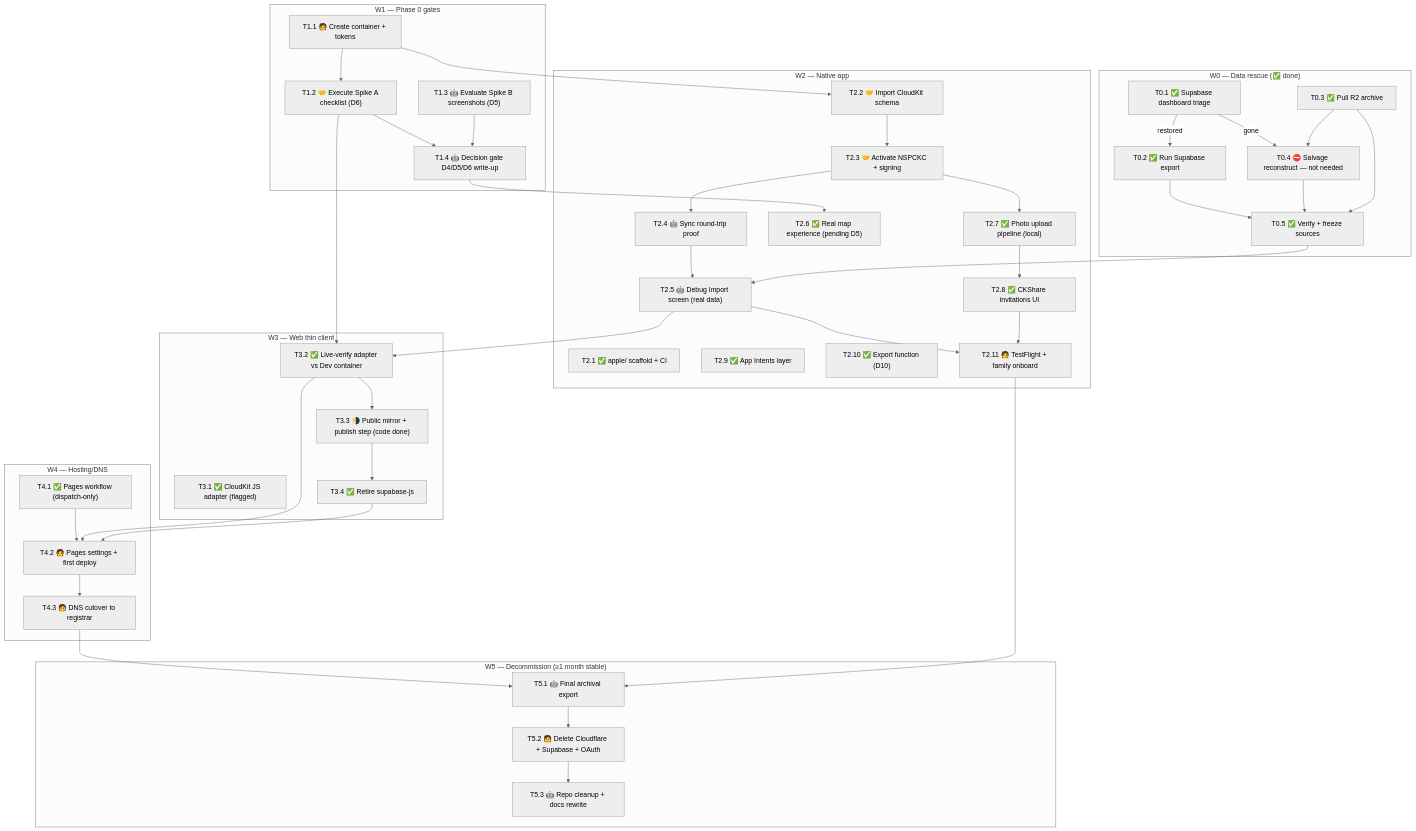
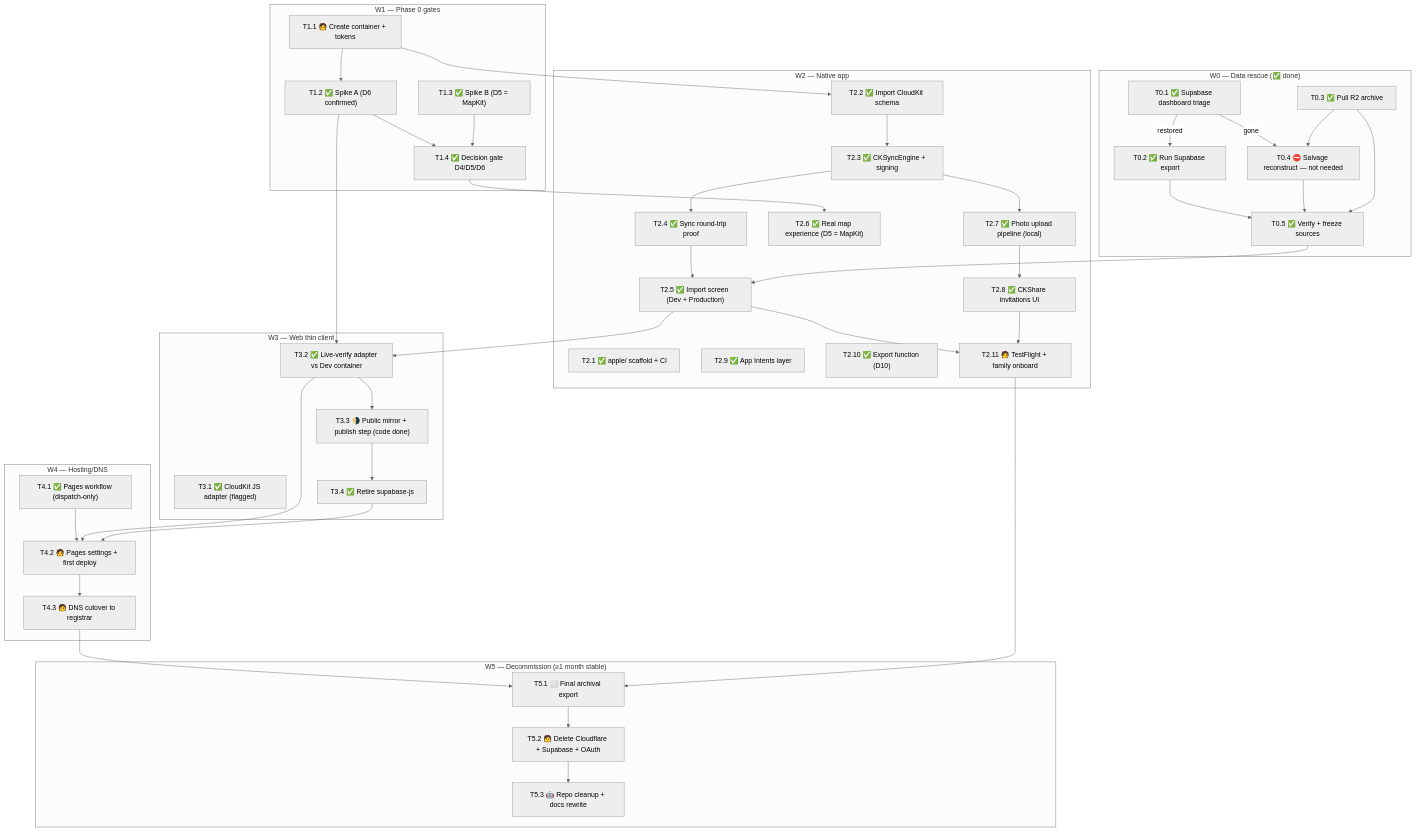
Before and after one commit to CHaerem/Akashic: the diagram in APPLE-MIGRATION-TASKS.md, drawn with Mermaid (neutral theme). The commit also changed other lines of this file and 6 other files, not shown here.

````diff
--- a/APPLE-MIGRATION-TASKS.md
+++ b/APPLE-MIGRATION-TASKS.md
@@ -28,71 +32,71 @@
 ```mermaid
 graph TD
     subgraph W0["W0 — Data rescue (✅ done)"]
         T01["T0.1 ✅ Supabase dashboard triage"]
         T02["T0.2 ✅ Run Supabase export"]
         T03["T0.3 ✅ Pull R2 archive"]
         T04["T0.4 ⛔ Salvage reconstruct — not needed"]
         T05["T0.5 ✅ Verify + freeze sources"]
         T01 -->|restored| T02 --> T05
         T01 -->|gone| T04 --> T05
         T03 --> T05
         T03 --> T04
     end
 
     subgraph W1["W1 — Phase 0 gates"]
         T11["T1.1 🧑 Create container + tokens"]
-        T12["T1.2 🤝 Execute Spike A checklist (D6)"]
-        T13["T1.3 🤖 Evaluate Spike B screenshots (D5)"]
-        T14["T1.4 🤖 Decision gate D4/D5/D6 write-up"]
+        T12["T1.2 ✅ Spike A (D6 confirmed)"]
+        T13["T1.3 ✅ Spike B (D5 = MapKit)"]
+        T14["T1.4 ✅ Decision gate D4/D5/D6"]
         T11 --> T12 --> T14
         T13 --> T14
     end
 
     subgraph W2["W2 — Native app"]
         T21["T2.1 ✅ apple/ scaffold + CI"]
-        T22["T2.2 🤝 Import CloudKit schema"]
-        T23["T2.3 🤝 Activate NSPCKC + signing"]
-        T24["T2.4 🤖 Sync round-trip proof"]
-        T25["T2.5 🤖 Debug Import screen (real data)"]
-        T26["T2.6 ✅ Real map experience (pending D5)"]
+        T22["T2.2 ✅ Import CloudKit schema"]
+        T23["T2.3 ✅ CKSyncEngine + signing"]
+        T24["T2.4 ✅ Sync round-trip proof"]
+        T25["T2.5 ✅ Import screen (Dev + Production)"]
+        T26["T2.6 ✅ Real map experience (D5 = MapKit)"]
         T27["T2.7 ✅ Photo upload pipeline (local)"]
         T28["T2.8 ✅ CKShare invitations UI"]
         T29["T2.9 ✅ App Intents layer"]
         T210["T2.10 ✅ Export function (D10)"]
         T211["T2.11 🧑 TestFlight + family onboard"]
         T11 --> T22 --> T23 --> T24 --> T25
         T05 --> T25
         T14 --> T26
         T23 --> T27 --> T28
         T25 --> T211
         T28 --> T211
     end
 
     subgraph W3["W3 — Web thin client"]
         T31["T3.1 ✅ CloudKit JS adapter (flagged)"]
         T32["T3.2 ✅ Live-verify adapter vs Dev container"]
         T33["T3.3 🌗 Public mirror + publish step (code done)"]
         T34["T3.4 ✅ Retire supabase-js"]
         T12 --> T32
         T25 --> T32
         T32 --> T33 --> T34
     end
 
     subgraph W4["W4 — Hosting/DNS"]
         T41["T4.1 ✅ Pages workflow (dispatch-only)"]
         T42["T4.2 🧑 Pages settings + first deploy"]
         T43["T4.3 🧑 DNS cutover to registrar"]
         T41 --> T42 --> T43
         T32 --> T42
     end
 
     subgraph W5["W5 — Decommission (≥1 month stable)"]
-        T51["T5.1 🤖 Final archival export"]
+        T51["T5.1 ⬜ Final archival export"]
         T52["T5.2 🧑 Delete Cloudflare + Supabase + OAuth"]
         T53["T5.3 🤖 Repo cleanup + docs rewrite"]
         T43 --> T51 --> T52 --> T53
         T211 --> T51
     end
 
     T34 --> T42
 ```
````
